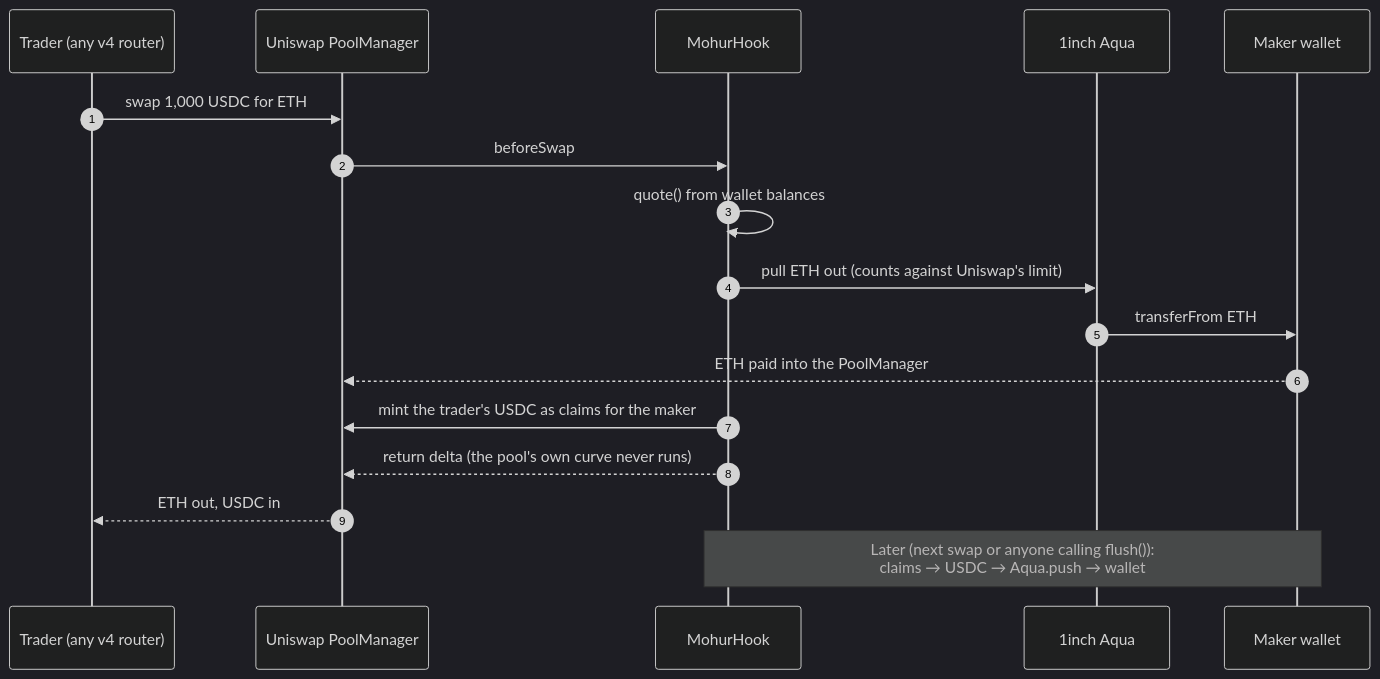
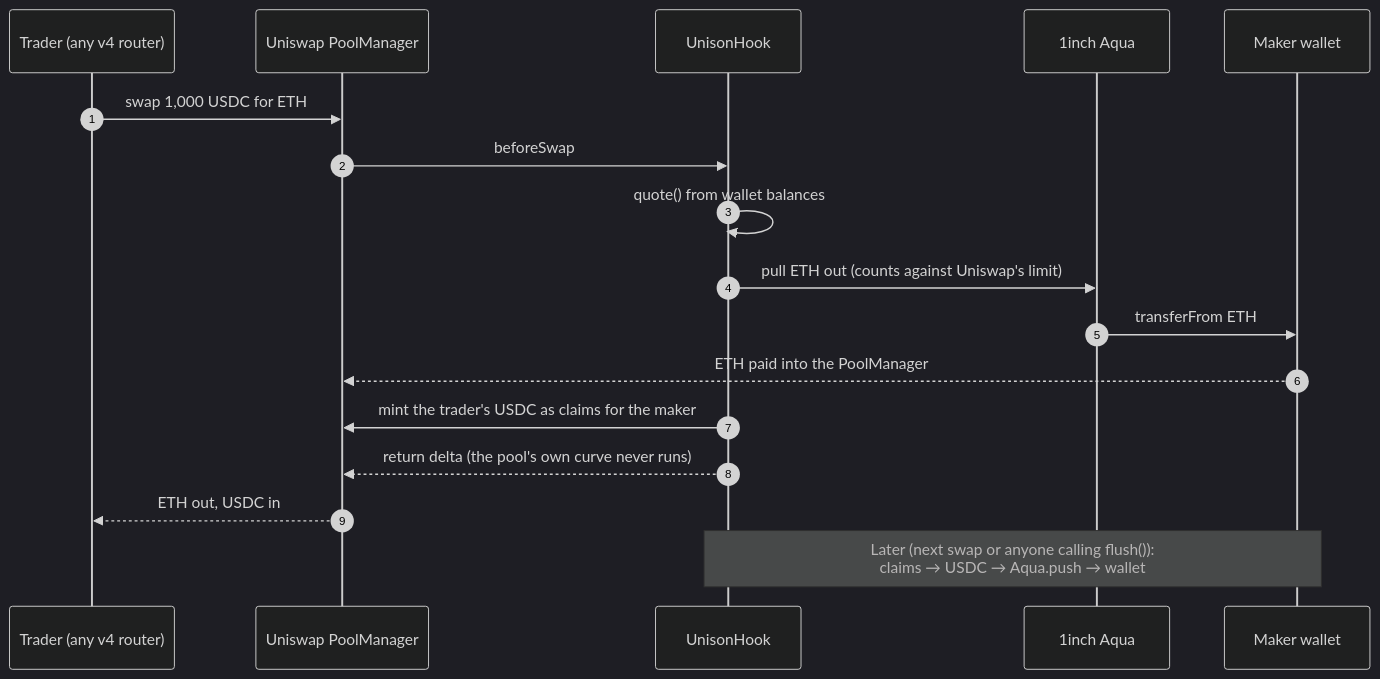
The second of 7 diagrams in docs/explained.md (Abhist17/mohur), drawn with Mermaid (dark theme) before and after one commit. The commit also changed other lines of this file and 110 other files, not shown here.

````diff
--- a/docs/explained.md
+++ b/docs/explained.md
@@ -72,19 +72,19 @@
 ```mermaid
 sequenceDiagram
     autonumber
     participant T as Trader (any v4 router)
     participant PM as Uniswap PoolManager
-    participant H as MohurHook
+    participant H as UnisonHook
     participant AQ as 1inch Aqua
     participant W as Maker wallet
     T->>PM: swap 1,000 USDC for ETH
     PM->>H: beforeSwap
     H->>H: quote() from wallet balances
     H->>AQ: pull ETH out (counts against Uniswap's limit)
     AQ->>W: transferFrom ETH
     W-->>PM: ETH paid into the PoolManager
     H->>PM: mint the trader's USDC as claims for the maker
     H-->>PM: return delta (the pool's own curve never runs)
     PM-->>T: ETH out, USDC in
     Note over H,W: Later (next swap or anyone calling flush()):<br/>claims → USDC → Aqua.push → wallet
 ```
````
